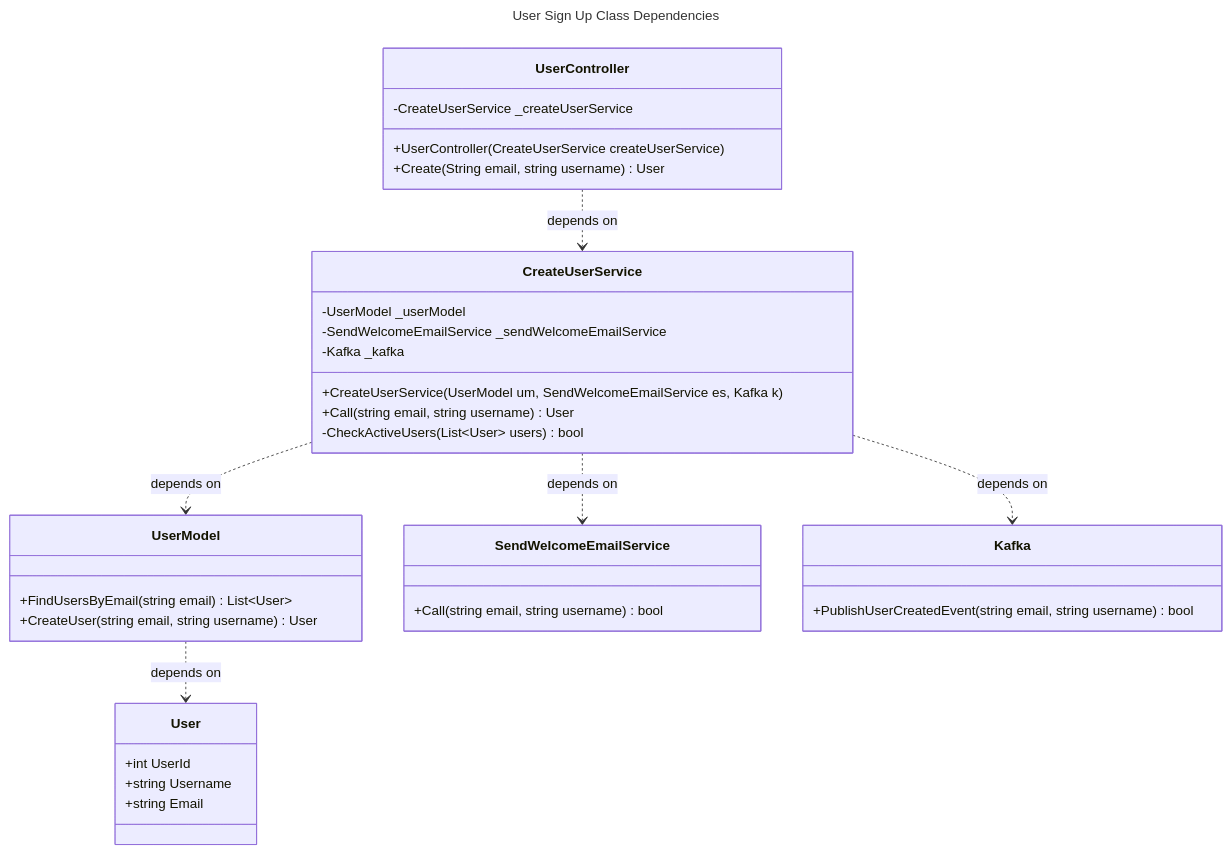
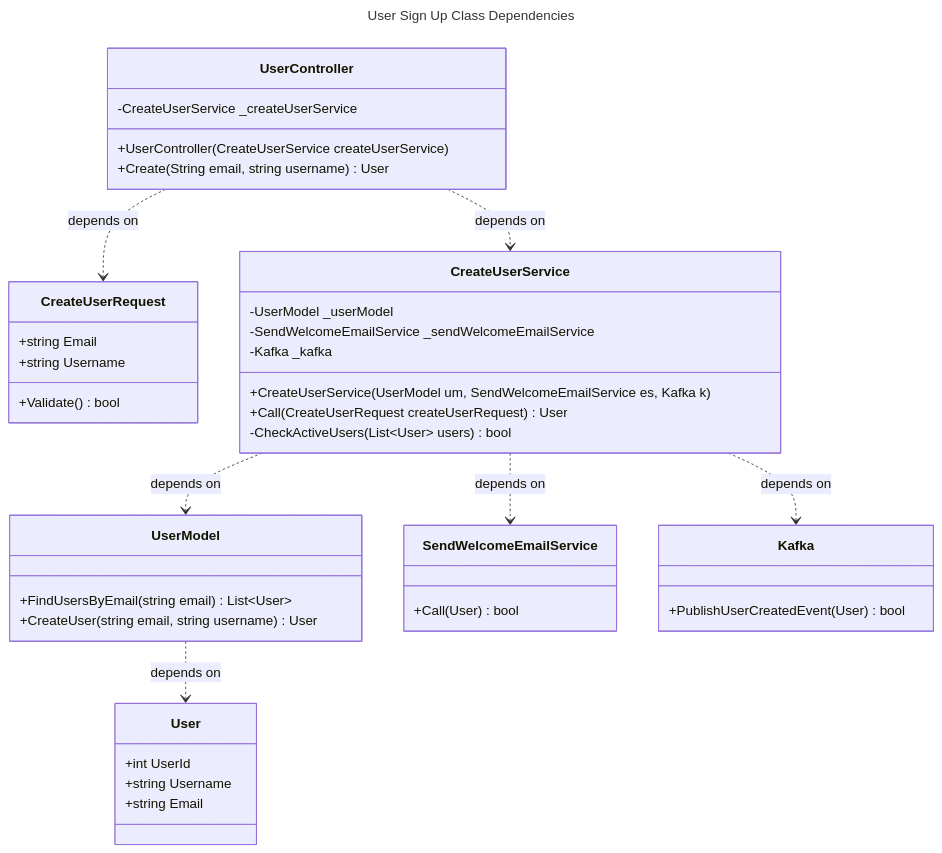
The diagram in architecture/mermaid/visualize_code_flows/user_sign_up_class_depdencies.md (louishuyng/awesome-tech), drawn with Mermaid before and after one commit.

Commit message:
architecture refactoring visualize code class diagram

````diff
--- a/architecture/mermaid/visualize_code_flows/user_sign_up_class_depdencies.md
+++ b/architecture/mermaid/visualize_code_flows/user_sign_up_class_depdencies.md
@@ -1,46 +1,53 @@
 ```mermaid
 ---
     title: User Sign Up Class Dependencies
 ---
 classDiagram
     class UserController {
         -CreateUserService _createUserService
         +UserController(CreateUserService createUserService)
         +Create(String email, string username) User
     }
     
+    class CreateUserRequest {
+ 	    +string Email
+ 	    +string Username
+
+ 	    +Validate() bool
+ 	}
+
     class CreateUserService {
         -UserModel _userModel
         -SendWelcomeEmailService _sendWelcomeEmailService
         -Kafka _kafka
         +CreateUserService(UserModel um, SendWelcomeEmailService es, Kafka k)
-        +Call(string email, string username) User
+        +Call(CreateUserRequest createUserRequest) User
         -CheckActiveUsers(List~User~ users) bool
     }
     
     class UserModel {
         +FindUsersByEmail(string email) List~User~
         +CreateUser(string email, string username) User
     }
     
     class User {
         +int UserId
         +string Username
         +string Email
     }
     
     class SendWelcomeEmailService {
-        +Call(string email, string username) bool
+        +Call(User) bool
     }
     
     class Kafka {
-        +PublishUserCreatedEvent(string email, string username) bool
+        +PublishUserCreatedEvent(User) bool
     }
-    
+
     UserController ..> CreateUserService: depends on
+    UserController ..> CreateUserRequest: depends on
     CreateUserService ..> UserModel: depends on
     UserModel ..> User: depends on
  	CreateUserService ..> SendWelcomeEmailService: depends on
  	CreateUserService ..> Kafka: depends on
-
 ```
````
